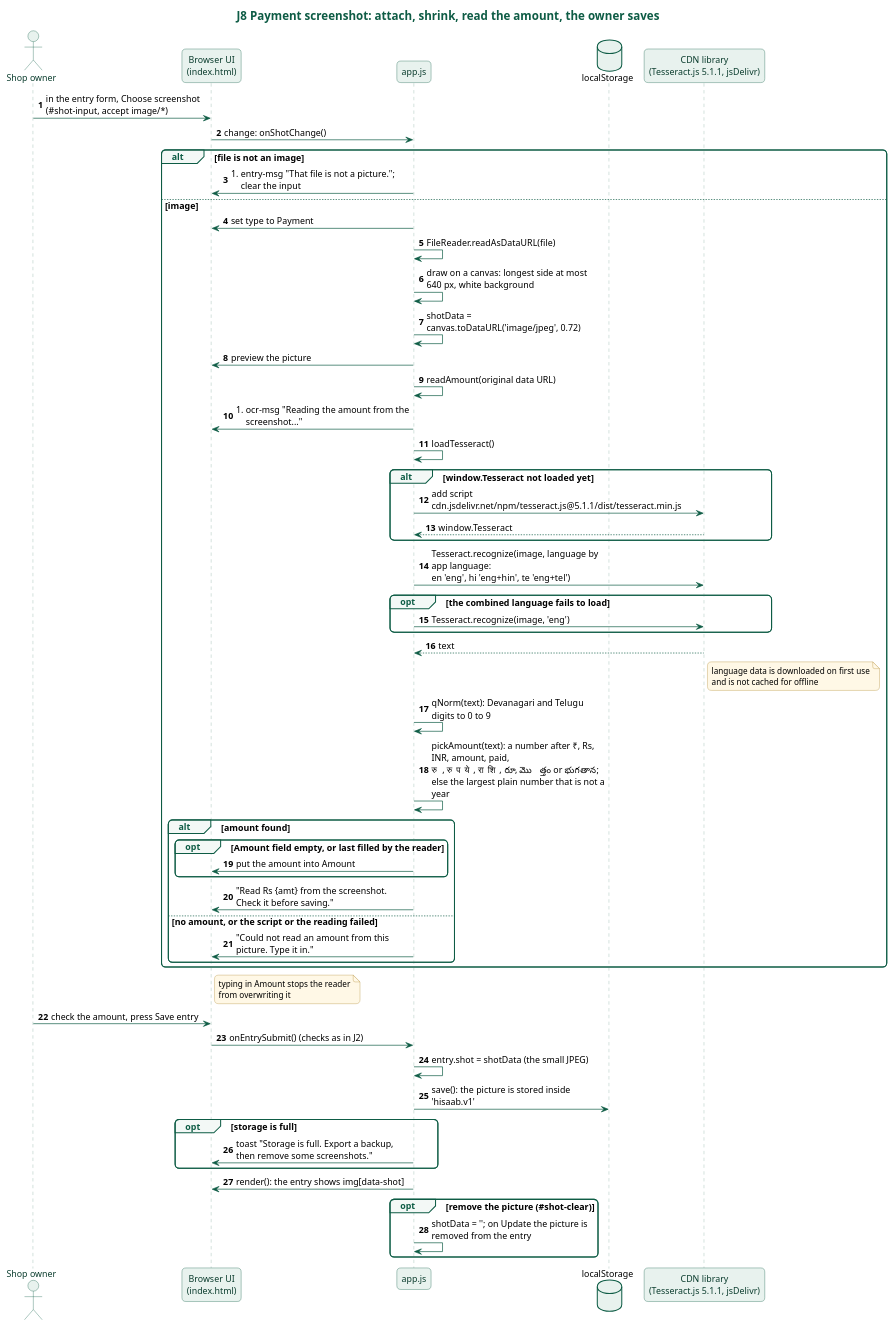
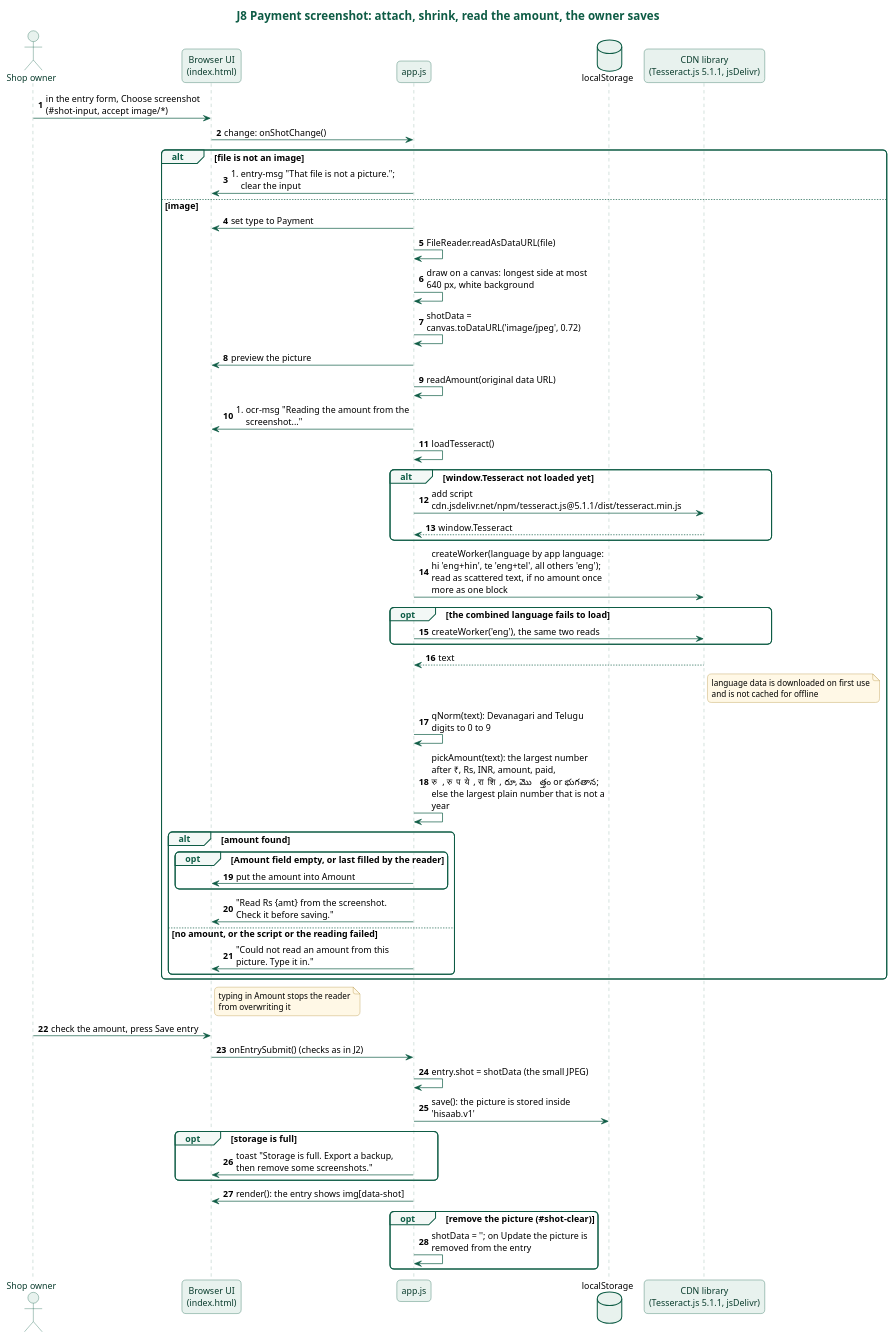
One commit to karwasanjay007/hisaab-docs changed the diagram in docs/diagrams/j8-payment-screenshot.puml. Above: the diagram before and after it, drawn with PlantUML. The commit also changed 10 other files, not shown here.

First line of the commit message:
Journeys J1, J4, J8, J10 and J11 walked against the code and corrected; five diagrams re-rendered

```diff
--- a/docs/diagrams/j8-payment-screenshot.puml
+++ b/docs/diagrams/j8-payment-screenshot.puml
@@ -1,92 +1,92 @@
 @startuml j8-payment-screenshot
 title J8 Payment screenshot: attach, shrink, read the amount, the owner saves
 skinparam backgroundColor white
 skinparam defaultFontName "Noto Sans"
 skinparam defaultFontSize 13
 skinparam roundCorner 12
 skinparam shadowing false
 skinparam maxMessageSize 260
 skinparam titleFontSize 17
 skinparam titleFontColor #0E5C45
 skinparam sequenceMessageAlign left
 skinparam responseMessageBelowArrow true
 skinparam sequence {
   ArrowColor #0E5C45
   LifeLineBorderColor #7FA89A
   LifeLineBackgroundColor #E8F2EE
   ParticipantBorderColor #0E5C45
   ParticipantBackgroundColor #E8F2EE
   ParticipantFontColor #0B3D2E
   ActorBorderColor #0E5C45
   ActorBackgroundColor #E8F2EE
   ActorFontColor #0B3D2E
   GroupBorderColor #0E5C45
   GroupHeaderFontColor #0E5C45
   GroupBackgroundColor #F3F8F6
   DividerBorderColor #0E5C45
   DividerBackgroundColor #E8F2EE
   DividerFontColor #0B3D2E
   BoxBorderColor #0E5C45
 }
 skinparam database {
   BorderColor #0E5C45
   BackgroundColor #E8F2EE
 }
 skinparam note {
   BorderColor #B08A2E
   BackgroundColor #FFF8E6
   FontSize 12
 }
 actor "Shop owner" as Owner
 participant "Browser UI\n(index.html)" as UI
 participant "app.js" as App
 database "localStorage" as LS
 participant "CDN library\n(Tesseract.js 5.1.1, jsDelivr)" as CDN
 autonumber
 Owner -> UI : in the entry form, Choose screenshot (#shot-input, accept image/*)
 UI -> App : change: onShotChange()
 alt file is not an image
   App -> UI : #entry-msg "That file is not a picture."; clear the input
 else image
   App -> UI : set type to Payment
   App -> App : FileReader.readAsDataURL(file)
   App -> App : draw on a canvas: longest side at most 640 px, white background
   App -> App : shotData = canvas.toDataURL('image/jpeg', 0.72)
   App -> UI : preview the picture
   App -> App : readAmount(original data URL)
   App -> UI : #ocr-msg "Reading the amount from the screenshot..."
   App -> App : loadTesseract()
   alt window.Tesseract not loaded yet
     App -> CDN : add script cdn.jsdelivr.net/npm/tesseract.js@5.1.1/dist/tesseract.min.js
     CDN --> App : window.Tesseract
   end
-  App -> CDN : Tesseract.recognize(image, language by app language:\nen 'eng', hi 'eng+hin', te 'eng+tel')
+  App -> CDN : createWorker(language by app language:\nhi 'eng+hin', te 'eng+tel', all others 'eng');\nread as scattered text, if no amount once more as one block
   opt the combined language fails to load
-    App -> CDN : Tesseract.recognize(image, 'eng')
+    App -> CDN : createWorker('eng'), the same two reads
   end
   CDN --> App : text
   note right of CDN : language data is downloaded on first use\nand is not cached for offline
   App -> App : qNorm(text): Devanagari and Telugu digits to 0 to 9
-  App -> App : pickAmount(text): a number after ₹, Rs, INR, amount, paid,\nरु, रुपये, राशि, రూ, మొత్తం or భుగతాన;\nelse the largest plain number that is not a year
+  App -> App : pickAmount(text): the largest number after ₹, Rs, INR, amount, paid,\nरु, रुपये, राशि, రూ, మొత్తం or భుగతాన;\nelse the largest plain number that is not a year
   alt amount found
     opt Amount field empty, or last filled by the reader
       App -> UI : put the amount into Amount
     end
     App -> UI : "Read Rs {amt} from the screenshot. Check it before saving."
   else no amount, or the script or the reading failed
     App -> UI : "Could not read an amount from this picture. Type it in."
   end
 end
 note right of UI : typing in Amount stops the reader\nfrom overwriting it
 Owner -> UI : check the amount, press Save entry
 UI -> App : onEntrySubmit() (checks as in J2)
 App -> App : entry.shot = shotData (the small JPEG)
 App -> LS : save(): the picture is stored inside 'hisaab.v1'
 opt storage is full
   App -> UI : toast "Storage is full. Export a backup, then remove some screenshots."
 end
 App -> UI : render(): the entry shows img[data-shot]
 opt remove the picture (#shot-clear)
   App -> App : shotData = ''; on Update the picture is removed from the entry
 end
 @enduml
```
